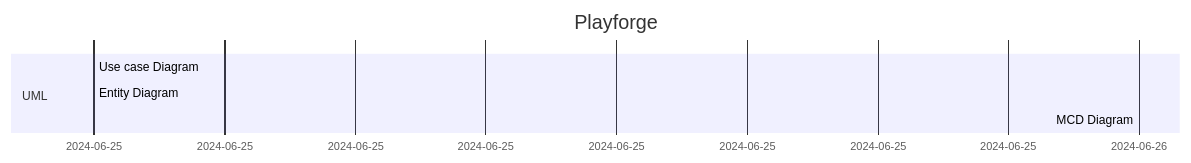
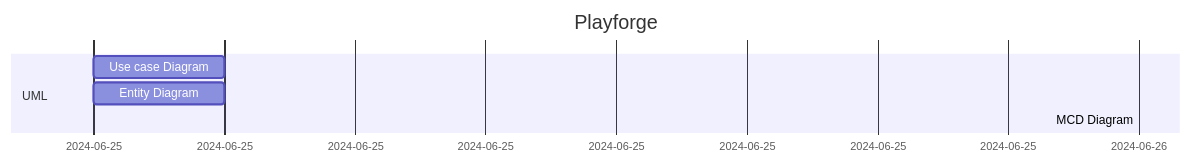
One commit to JameS-Gmz/api-Rest changed the first of 3 diagrams in README.md. Above: the diagram before and after it, drawn with Mermaid.

````diff
--- a/README.md
+++ b/README.md
@@ -45,9 +45,9 @@
 ```mermaid
 gantt
     title Playforge
     dateFormat MM-DD
     section UML
-        Use case Diagram    : 06-25,
-        Entity Diagram    : 06-25,
+        Use case Diagram    : 06-25,3h
+        Entity Diagram    : 06-25,3h
         MCD Diagram    : 06-26, 9am 4h
 ```
````
